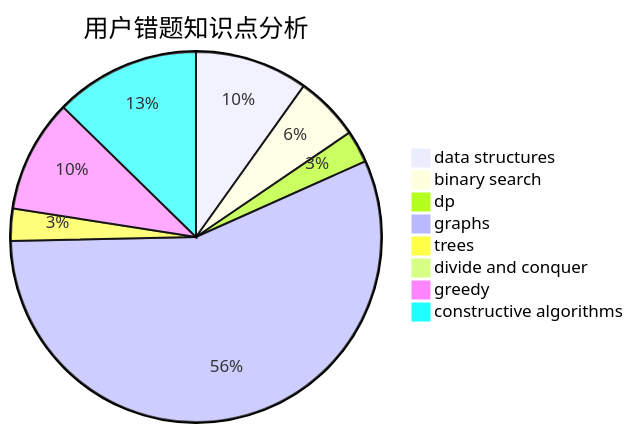
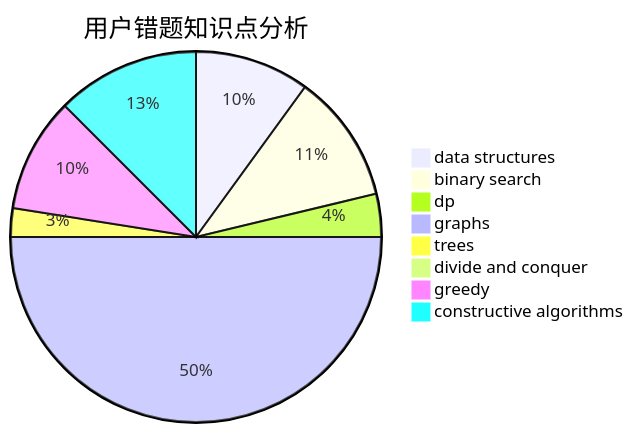
Before and after one commit to sherpahu/cfrs.github.io: the third of 3 diagrams in docs/user/u2594.md, drawn with Mermaid. The commit also changed other lines of this file and 2770 other files, not shown here.

````diff
--- a/docs/user/u2594.md
+++ b/docs/user/u2594.md
@@ -36,11 +36,11 @@
 ```mermaid
 pie title 用户错题知识点分析
-    "data structures" :  7
-    "binary search" :  4
-    "dp" :  2
+    "data structures" :  8
+    "binary search" :  9
+    "dp" :  3
     "graphs" :  40
     "trees" :  2
     "divide and conquer" :  0
-    "greedy" :  7
-    "constructive algorithms" :  9
+    "greedy" :  8
+    "constructive algorithms" :  10
 ```
````
